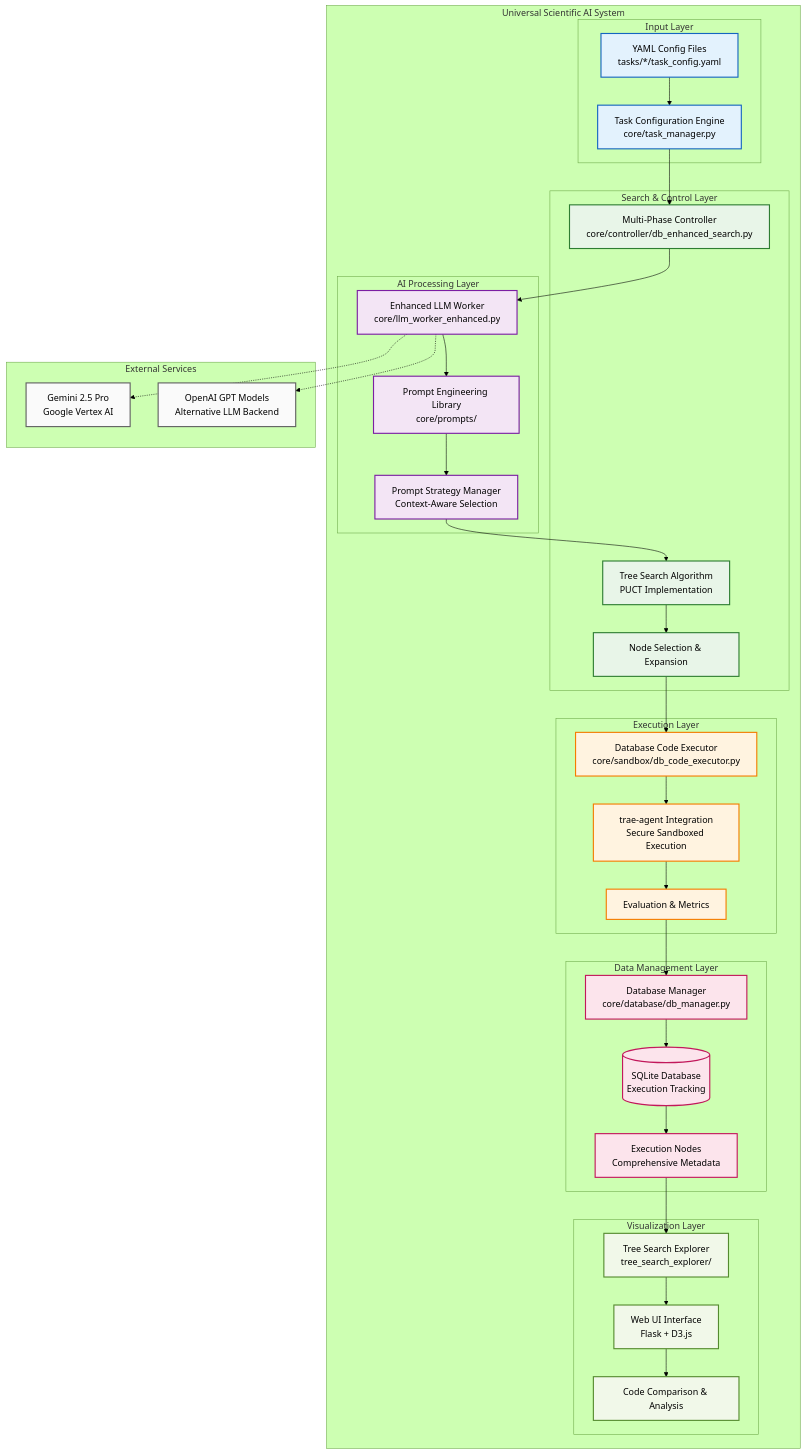
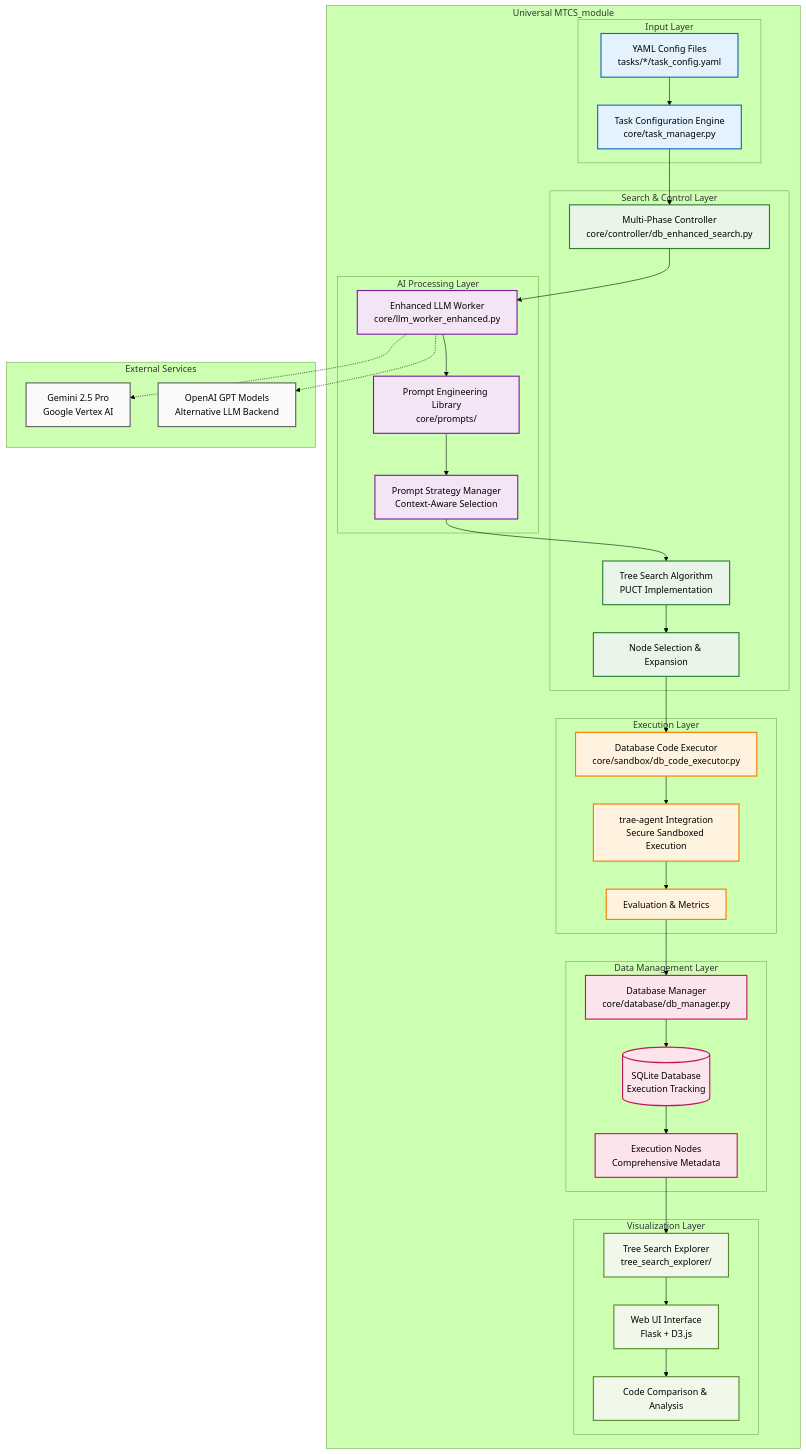
Before and after one commit to wuchaowei123/AgentLTV: the second of 6 diagrams in MTCS_module/AI_SYSTEM_DIAGRAM.md, drawn with Mermaid (forest theme). The commit also changed other lines of this file and 32 other files, not shown here.

````diff
--- a/MTCS_module/AI_SYSTEM_DIAGRAM.md
+++ b/MTCS_module/AI_SYSTEM_DIAGRAM.md
@@ -75,7 +75,7 @@
 ```mermaid
 graph TB
     %% Core System Components
-    subgraph "Universal Scientific AI System"
+    subgraph "Universal MTCS_module"
         subgraph "Input Layer"
             TC[Task Configuration Engine<br/>core/task_manager.py]
             YC[YAML Config Files<br/>tasks/*/task_config.yaml]
````
